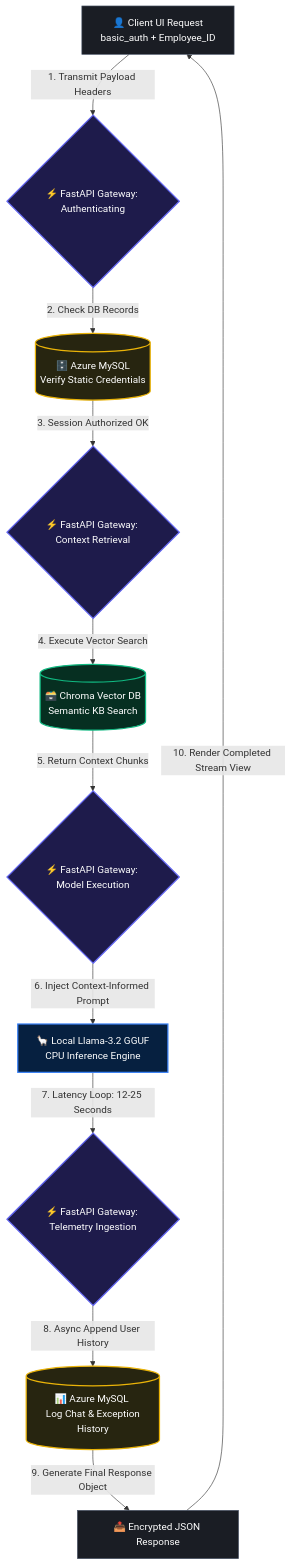
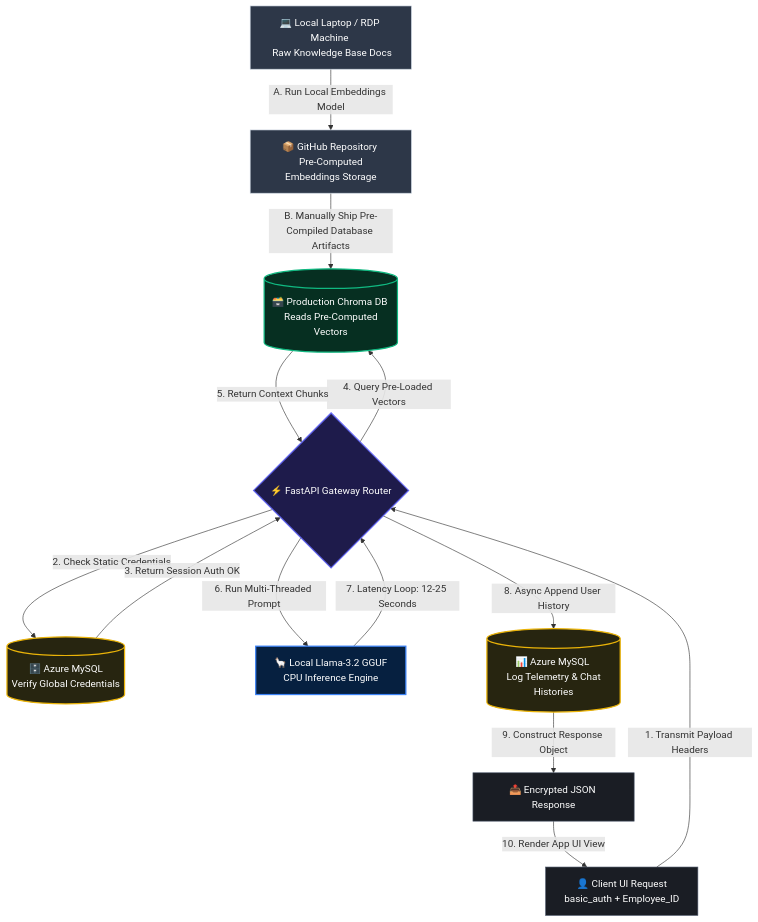
Before and after one commit to WajihZaman/llamaaserv: the diagram in README.md, drawn with Mermaid. The commit also changed other lines of this file, not shown here.

````diff
--- a/README.md
+++ b/README.md
@@ -19,56 +19,50 @@
 ```mermaid
 graph TB
 
     %% =========================================================
-    %% 1. PIPELINE NODE DEFINITIONS (High Contrast Styling)
+    %% 1. PIPELINE NODE DEFINITIONS
     %% =========================================================
+    Dev[💻 Local Laptop / RDP Machine <br> Raw Knowledge Base Docs]
+    Git[📦 GitHub Repository <br> Pre-Computed Embeddings Storage]
+    
     User[👤 Client UI Request <br> basic_auth + Employee_ID]
+    FastAPI{⚡ FastAPI Gateway Router}
     
-    FastAPI_Auth{⚡ FastAPI Gateway: Authenticating}
-    MySQL_Auth[(🗄️ Azure MySQL <br> Verify Static Credentials)]
-    
-    FastAPI_RAG{⚡ FastAPI Gateway: Context Retrieval}
-    Chroma[(🗃️ Chroma Vector DB <br> Semantic KB Search)]
-    
-    FastAPI_LLM{⚡ FastAPI Gateway: Model Execution}
+    MySQL_Auth[(🗄️ Azure MySQL <br> Verify Global Credentials)]
+    Chroma[(🗃️ Production Chroma DB <br> Reads Pre-Computed Vectors)]
     Llama[🦙 Local Llama-3.2 GGUF <br> CPU Inference Engine]
-    
-    FastAPI_Log{⚡ FastAPI Gateway: Telemetry Ingestion}
-    MySQL_Log[(📊 Azure MySQL <br> Log Chat & Exception History)]
+    MySQL_Log[(📊 Azure MySQL <br> Log Telemetry & Chat Histories)]
     
     Output[📤 Encrypted JSON Response]
 
     %% =========================================================
-    %% 2. LINEAR STEP-BY-STEP DATAFLOW (Eliminates Text Crowding)
+    %% 2. PIPELINE INTERACTIONS
     %% =========================================================
-    User --> |1. Transmit Payload Headers| FastAPI_Auth
-    
-    FastAPI_Auth --> |2. Check DB Records| MySQL_Auth
-    MySQL_Auth --> |3. Session Authorized OK| FastAPI_RAG
-    
-    FastAPI_RAG --> |4. Execute Vector Search| Chroma
-    Chroma --> |5. Return Context Chunks| FastAPI_LLM
-    
-    FastAPI_LLM --> |6. Inject Context-Informed Prompt| Llama
-    Llama --> |7. Latency Loop: 12-25 Seconds| FastAPI_Log
-    
-    FastAPI_Log --> |8. Async Append User History| MySQL_Log
-    MySQL_Log --> |9. Generate Final Response Object| Output
-    
-    Output --> |10. Render Completed Stream View| User
+    %% Offline Data Pipeline
+    Dev -->|A. Run Local Embeddings Model| Git
+    Git -->|B. Manually Ship Pre-Compiled Database Artifacts| Chroma
+
+    %% Live Runtime API Pipeline
+    User -->|1. Transmit Payload Headers| FastAPI
+    FastAPI -->|2. Check Static Credentials| MySQL_Auth
+    MySQL_Auth -->|3. Return Session Auth OK| FastAPI
+    FastAPI -->|4. Query Pre-Loaded Vectors| Chroma
+    Chroma -->|5. Return Context Chunks| FastAPI
+    FastAPI -->|6. Run Multi-Threaded Prompt| Llama
+    Llama -->|7. Latency Loop: 12-25 Seconds| FastAPI
+    FastAPI -->|8. Async Append User History| MySQL_Log
+    MySQL_Log -->|9. Construct Response Object| Output
+    Output -->|10. Render App UI View| User
 
     %% =========================================================
-    %% 3. REFINED GRAPH ACCENTS (Dark-Mode Harmony)
+    %% 3. REFINED GRAPH ACCENTS
     %% =========================================================
     classDef default fill:#1a1d24,stroke:#4a5568,stroke-width:1px,color:#ffffff;
-    
-    style FastAPI_Auth fill:#1e1b4b,stroke:#6366f1,stroke-width:2px,color:#ffffff
-    style FastAPI_RAG fill:#1e1b4b,stroke:#6366f1,stroke-width:2px,color:#ffffff
-    style FastAPI_LLM fill:#1e1b4b,stroke:#6366f1,stroke-width:2px,color:#ffffff
-    style FastAPI_Log fill:#1e1b4b,stroke:#6366f1,stroke-width:2px,color:#ffffff
-    
+    style FastAPI fill:#1e1b4b,stroke:#6366f1,stroke-width:2px,color:#ffffff
     style Llama fill:#062040,stroke:#3b82f6,stroke-width:2px,color:#ffffff
     style Chroma fill:#062f21,stroke:#10b981,stroke-width:2px,color:#ffffff
     style MySQL_Auth fill:#272510,stroke:#eab308,stroke-width:2px,color:#ffffff
     style MySQL_Log fill:#272510,stroke:#eab308,stroke-width:2px,color:#ffffff
+    style Dev fill:#2d3748,stroke:#cbd5e0,stroke-width:1px,color:#ffffff
+    style Git fill:#2d3748,stroke:#cbd5e0,stroke-width:1px,color:#ffffff
 ```
````
